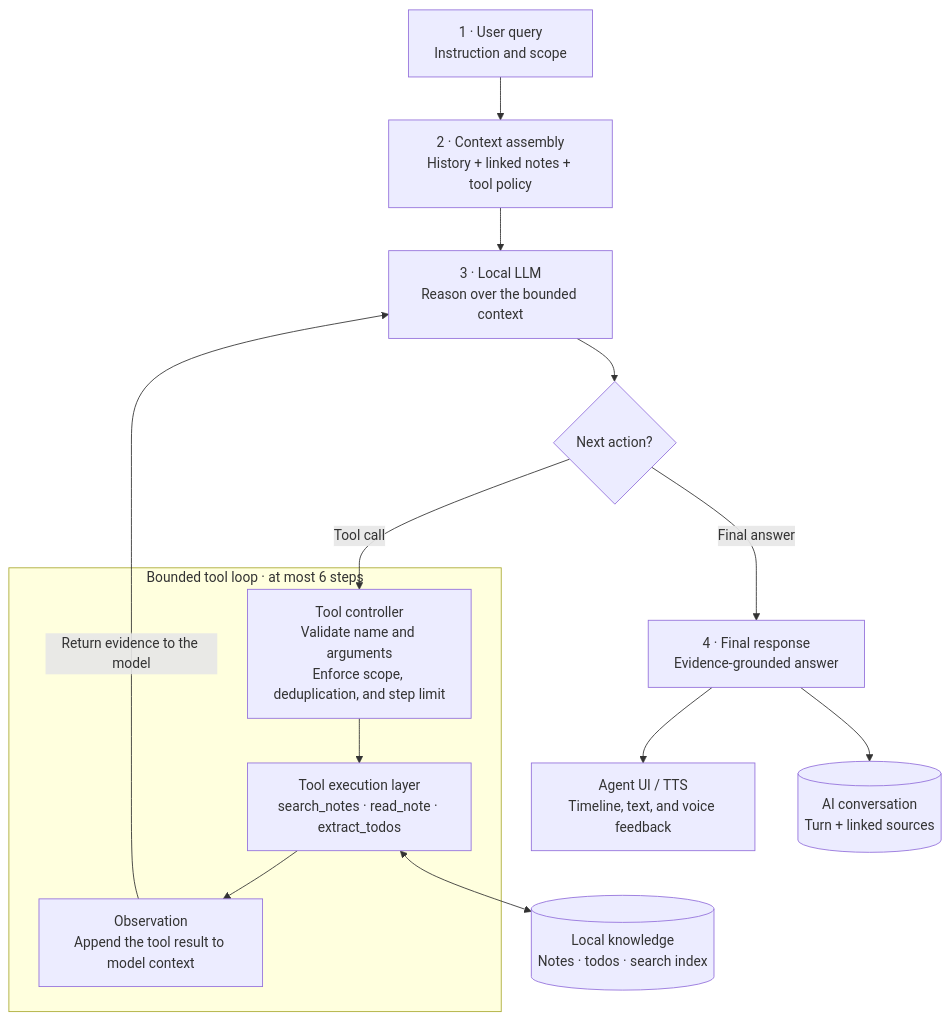
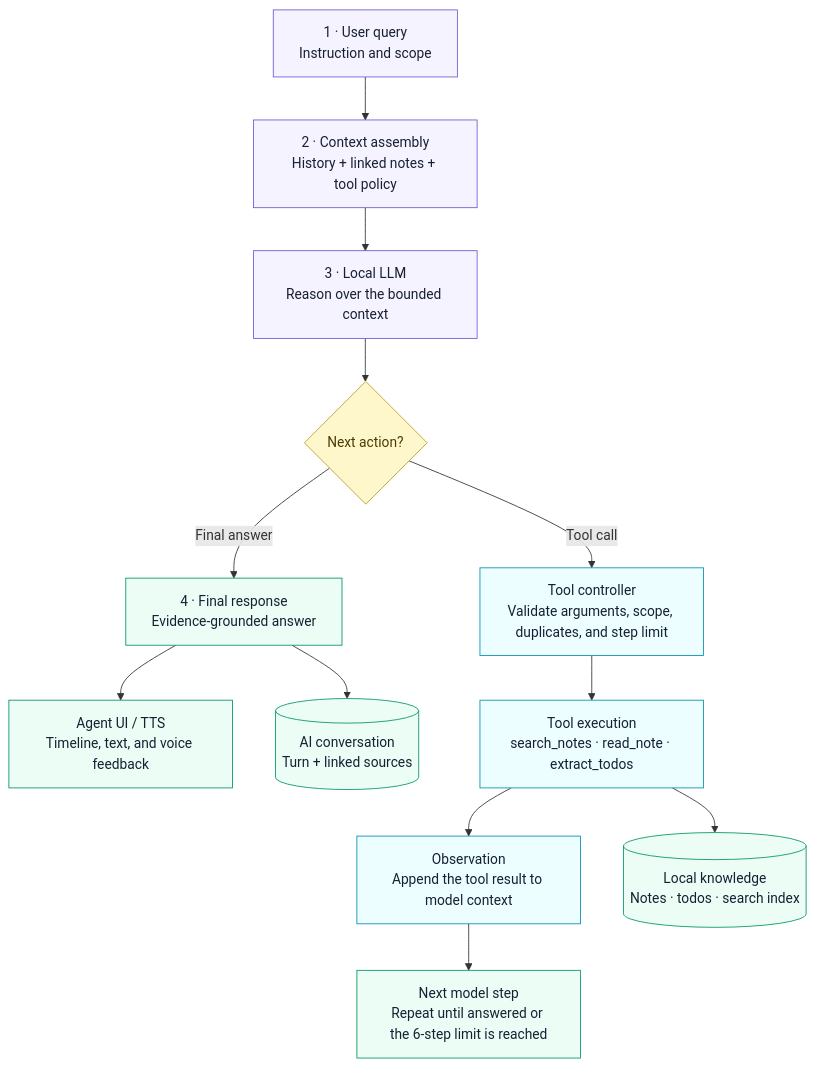
The second of 2 diagrams in README.md (dhebhxh/speakspace-local-electron), drawn with Mermaid before and after one commit. The commit also changed other lines of this file and 8 other files, not shown here.

Commit message:
docs(readme): remove diagram overlaps

````diff
--- a/README.md
+++ b/README.md
@@ -218,21 +218,26 @@
 ```mermaid
 flowchart TB
   Query["1 · User query<br/>Instruction and scope"] --> Context["2 · Context assembly<br/>History + linked notes + tool policy"]
   Context --> LLM["3 · Local LLM<br/>Reason over the bounded context"]
   LLM --> Decision{"Next action?"}
 
   Decision -->|Final answer| Response["4 · Final response<br/>Evidence-grounded answer"]
   Response --> Delivery["Agent UI / TTS<br/>Timeline, text, and voice feedback"]
   Response --> History[("AI conversation<br/>Turn + linked sources")]
 
-  subgraph Loop["Bounded tool loop · at most 6 steps"]
-    Controller["Tool controller<br/>Validate name and arguments<br/>Enforce scope, deduplication, and step limit"]
-    Tools["Tool execution layer<br/>search_notes · read_note · extract_todos"]
-    Observation["Observation<br/>Append the tool result to model context"]
-    Controller --> Tools --> Observation
-  end
+  Decision -->|Tool call| Controller
+  Controller["Tool controller<br/>Validate arguments, scope, duplicates, and step limit"]
+  Controller --> Tools["Tool execution<br/>search_notes · read_note · extract_todos"]
+  Tools --> Observation["Observation<br/>Append the tool result to model context"]
+  Observation --> Repeat["Next model step<br/>Repeat until answered or the 6-step limit is reached"]
+  Tools --> Knowledge[("Local knowledge<br/>Notes · todos · search index")]
 
-  Decision -->|Tool call| Controller
-  Tools <--> Knowledge[("Local knowledge<br/>Notes · todos · search index")]
-  Observation -->|Return evidence to the model| LLM
+  classDef input fill:#f5f3ff,stroke:#7657d5,color:#172033
+  classDef decision fill:#fff7cc,stroke:#b59f27,color:#4b3b00
+  classDef tool fill:#ecfeff,stroke:#0891b2,color:#172033
+  classDef result fill:#ecfdf5,stroke:#059669,color:#172033
+  class Query,Context,LLM input
+  class Decision decision
+  class Controller,Tools,Observation tool
+  class Response,Delivery,History,Repeat,Knowledge result
 ```
````
